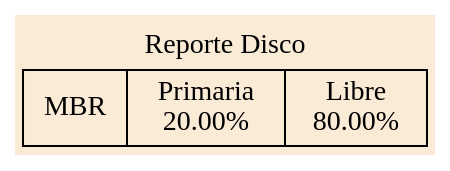
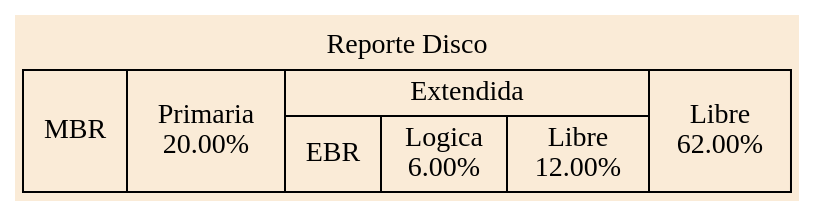
Before and after one commit to Ssolares0/MIA_P1_202004822: the diagram in Reportes/ReporteDisk.dot, drawn with Graphviz. The commit also changed 14 other files, not shown here.

```diff
--- a/Reportes/ReporteDisk.dot
+++ b/Reportes/ReporteDisk.dot
@@ -1,2 +1,2 @@
-digraph grid {bgcolor="antiquewhite" fontname="Comic Sans MS " label=" Reporte Disco"Alayout=dot labelloc = "t"edge [weigth=1000 style=dashed color=red4 dir = "both" arrowtail="open" arrowhead="open"]node[shape=record, color=black]a0[label="MBR|Primaria\n20.00%\n|Libre\n80.00%\n"];
+digraph grid {bgcolor="antiquewhite" fontname="Comic Sans MS " label=" Reporte Disco"Alayout=dot labelloc = "t"edge [weigth=1000 style=dashed color=red4 dir = "both" arrowtail="open" arrowhead="open"]node[shape=record, color=black]a0[label="MBR|Primaria\n20.00%\n|{Extendida|{EBR|Logica\n6.00%\n|Libre\n12.00%\n}}|Libre\n62.00%\n"];
 }
```
